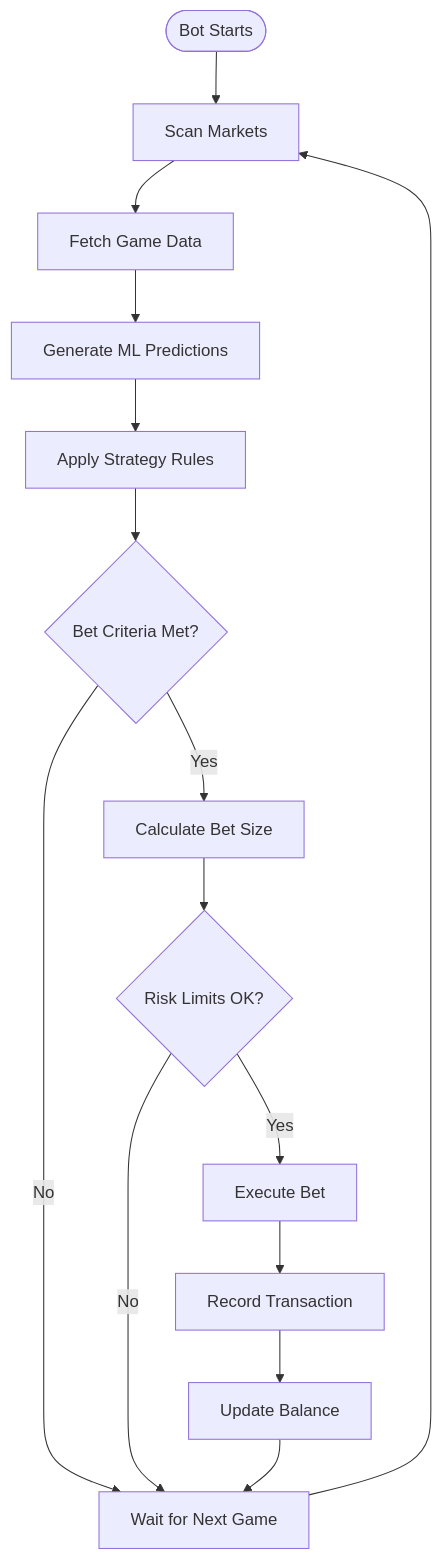
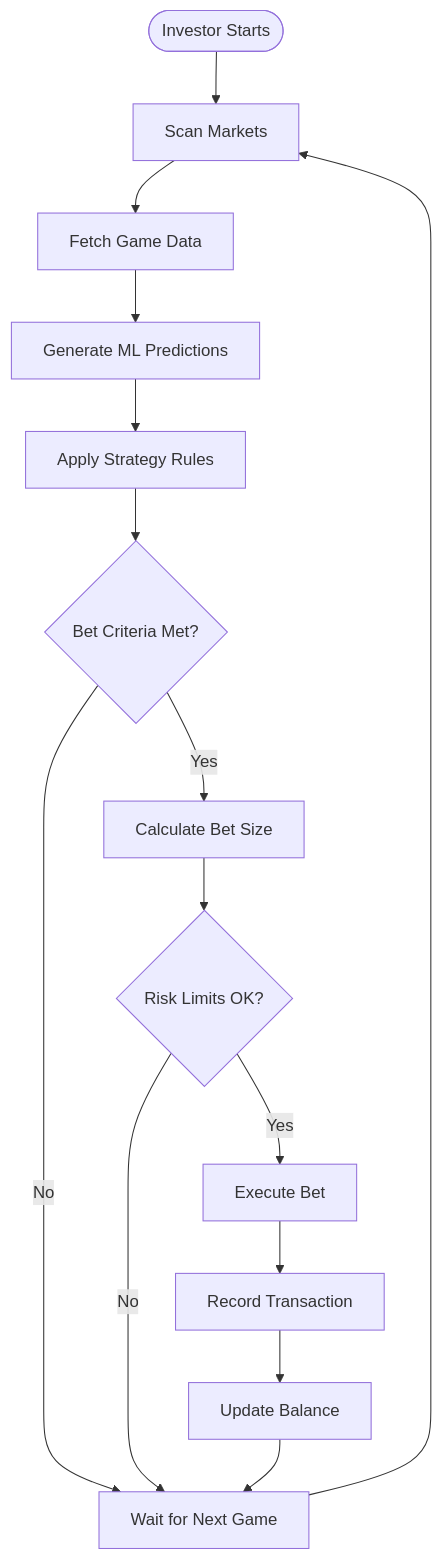
Before and after one commit to jslimak2/SI-HQ: the fourth of 10 diagrams in ARCHITECTURE_AND_SYSTEM_DESIGN.md, drawn with Mermaid. The commit also changed other lines of this file and 20 other files, not shown here.

Commit message:
Update terminology from 'bot' to 'investor' throughout codebase

````diff
--- a/ARCHITECTURE_AND_SYSTEM_DESIGN.md
+++ b/ARCHITECTURE_AND_SYSTEM_DESIGN.md
@@ -224,22 +224,22 @@
 ```mermaid
 flowchart TD
-    START([Bot Starts]) --> SCAN[Scan Markets]
+    START([Investor Starts]) --> SCAN[Scan Markets]
     SCAN --> FETCH[Fetch Game Data]
     FETCH --> PREDICT[Generate ML Predictions]
     
     PREDICT --> STRATEGY[Apply Strategy Rules]
     STRATEGY --> DECISION{Bet Criteria Met?}
     
     DECISION -->|No| WAIT[Wait for Next Game]
     DECISION -->|Yes| CALCULATE[Calculate Bet Size]
     
     CALCULATE --> RISK_CHECK{Risk Limits OK?}
     RISK_CHECK -->|No| WAIT
     RISK_CHECK -->|Yes| EXECUTE[Execute Bet]
     
     EXECUTE --> RECORD[Record Transaction]
     RECORD --> UPDATE[Update Balance]
     UPDATE --> WAIT
     
     WAIT --> SCAN
 ```
````
